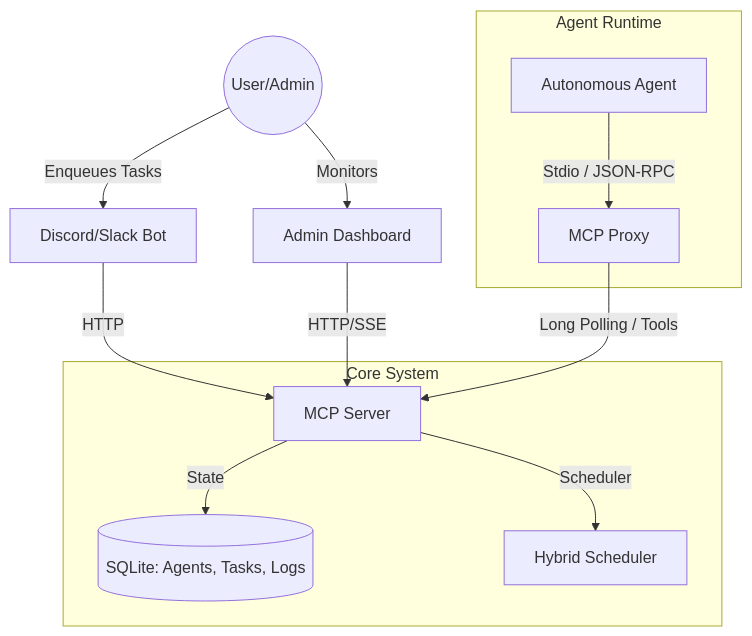
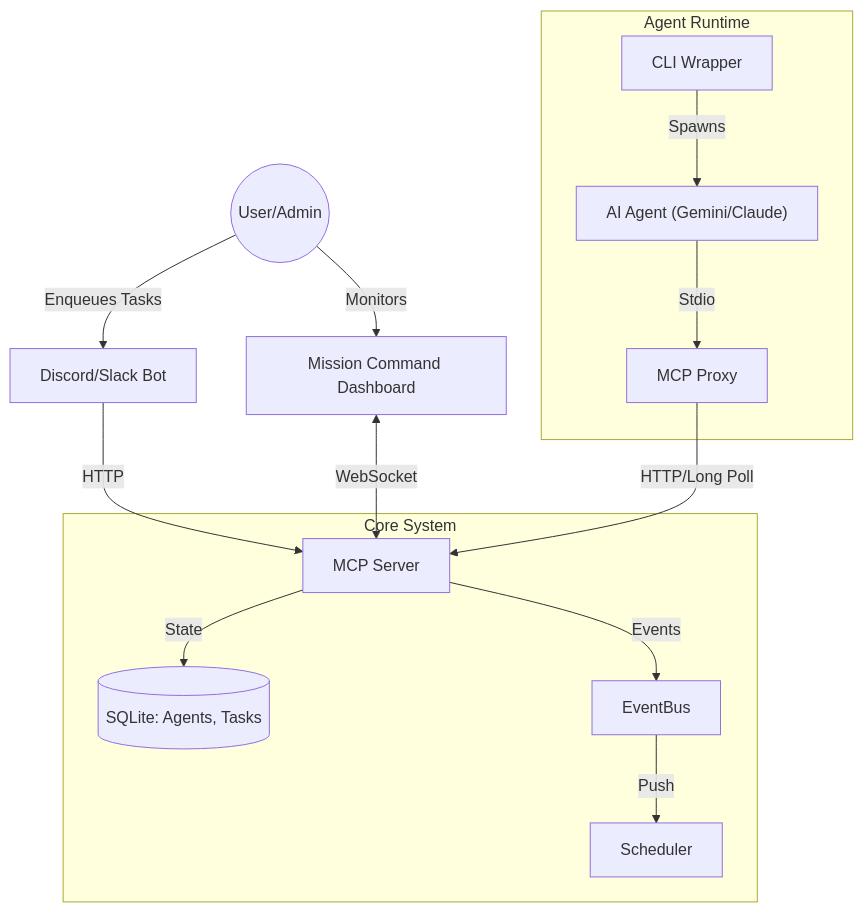
One commit to OpenSourceWTF/WAAAH changed the diagram in README.md. Above: the diagram before and after it, drawn with Mermaid. The commit also changed other lines of this file and 5 other files, not shown here.

Commit message:
ralph-yolo: update all READMEs with latest architecture ✅

````diff
--- a/README.md
+++ b/README.md
@@ -243,18 +243,20 @@
 ```mermaid
 graph TD
     User(("User/Admin")) -->|"Enqueues Tasks"| DiscordBot["Discord/Slack Bot"]
-    User -->|"Monitors"| Dashboard["Admin Dashboard"]
-    DiscordBot -->|"HTTP"| MB["MCP Server"]
-    Dashboard -->|"HTTP/SSE"| MB
+    User -->|"Monitors"| Dashboard["Mission Command Dashboard"]
+    DiscordBot -->|"HTTP"| Server["MCP Server"]
+    Dashboard <-->|"WebSocket"| Server
     
     subgraph "Core System"
-        MB["MCP Server"]
-        MB -->|"State"| DB[("SQLite: Agents, Tasks, Logs")]
-        MB -->|"Scheduler"| Scheduler["Hybrid Scheduler"]
+        Server["MCP Server"]
+        Server -->|"State"| DB[("SQLite: Agents, Tasks")]
+        Server -->|"Events"| EventBus["EventBus"]
+        EventBus -->|"Push"| Scheduler["Scheduler"]
     end
     
     subgraph "Agent Runtime"
-        Proxy["MCP Proxy"] -->|"Long Polling / Tools"| MB
-        Agent["Autonomous Agent"] -->|"Stdio / JSON-RPC"| Proxy
+        CLIWrapper["CLI Wrapper"] -->|"Spawns"| Agent["AI Agent (Gemini/Claude)"]
+        Agent -->|"Stdio"| Proxy["MCP Proxy"]
+        Proxy -->|"HTTP/Long Poll"| Server
     end
 ```
````
